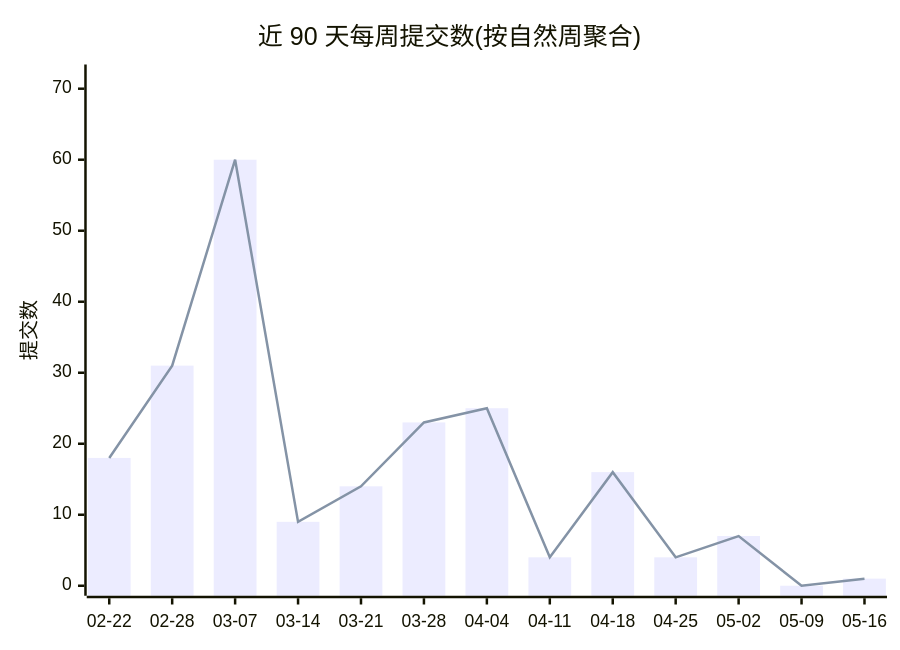
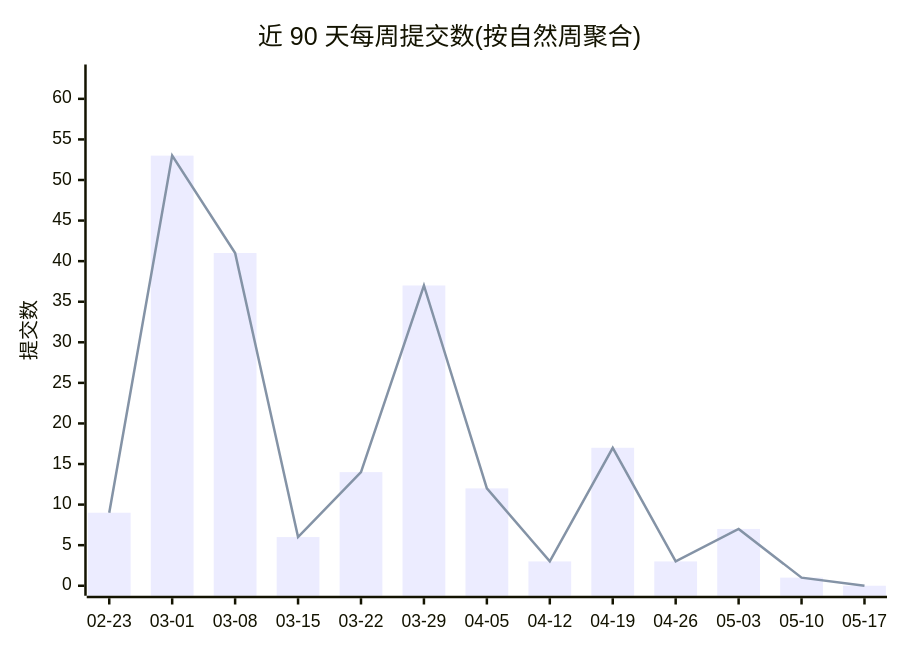
One commit to Conflux-Union/.github changed the first of 2 diagrams in profile/README.md. Above: the diagram before and after it, drawn with Mermaid. The commit also changed other lines of this file and 1 other file, not shown here.

Commit message:
chore(stats): refresh org commit stats

````diff
--- a/profile/README.md
+++ b/profile/README.md
@@ -44,8 +44,8 @@
 ```mermaid
 xychart-beta
     title "近 90 天每周提交数(按自然周聚合)"
-    x-axis ["02-22", "02-28", "03-07", "03-14", "03-21", "03-28", "04-04", "04-11", "04-18", "04-25", "05-02", "05-09", "05-16"]
-    y-axis "提交数" 0 --> 72
-    bar [18, 31, 60, 9, 14, 23, 25, 4, 16, 4, 7, 0, 1]
-    line [18, 31, 60, 9, 14, 23, 25, 4, 16, 4, 7, 0, 1]
+    x-axis ["02-23", "03-01", "03-08", "03-15", "03-22", "03-29", "04-05", "04-12", "04-19", "04-26", "05-03", "05-10", "05-17"]
+    y-axis "提交数" 0 --> 63
+    bar [9, 53, 41, 6, 14, 37, 12, 3, 17, 3, 7, 1, 0]
+    line [9, 53, 41, 6, 14, 37, 12, 3, 17, 3, 7, 1, 0]
 ```
````
